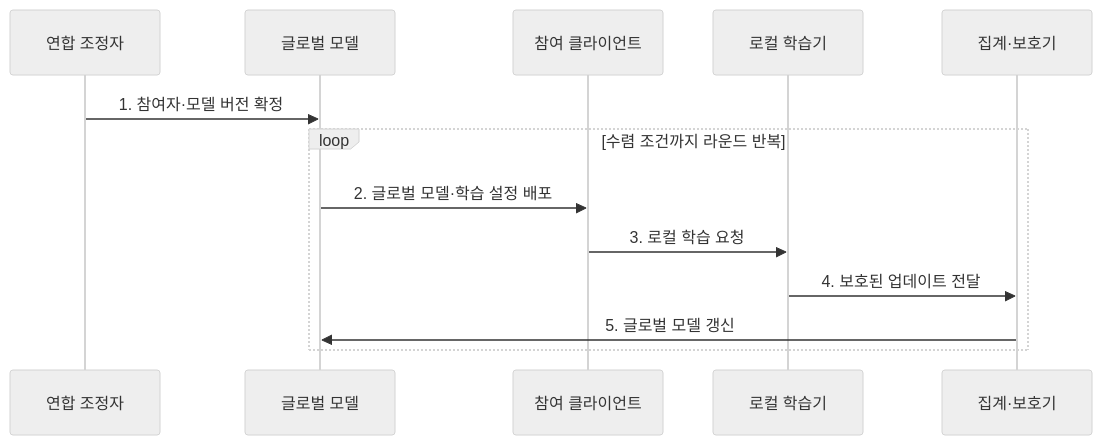
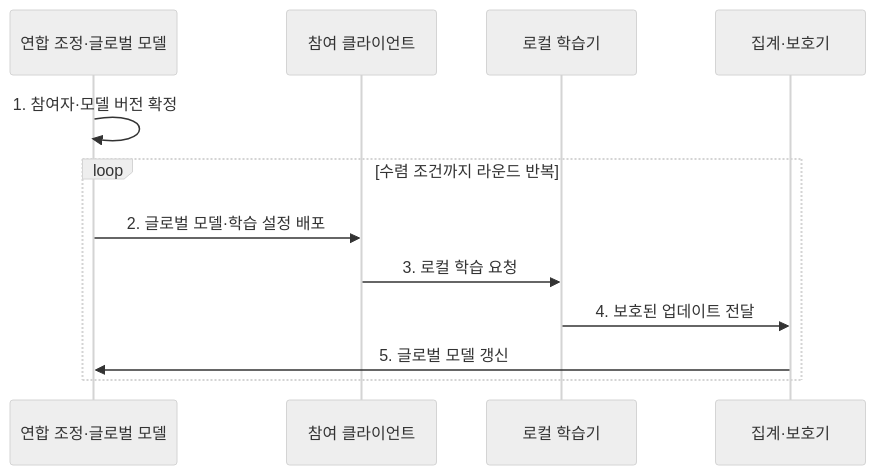
Before and after one commit to agnusdei1207/knowledge-base: the second of 2 diagrams in src/content/docs/notes/08-latest-tech/111_federated_learning.md, drawn with Mermaid (neutral theme). The commit also changed 5 other files, not shown here.

Commit message:
Simplify explainability and privacy flows

````diff
--- a/src/content/docs/notes/08-latest-tech/111_federated_learning.md
+++ b/src/content/docs/notes/08-latest-tech/111_federated_learning.md
@@ -101,15 +101,14 @@
 ```mermaid
 sequenceDiagram
-    participant C as 연합 조정자
-    participant G as 글로벌 모델
+    participant C as 연합 조정·글로벌 모델
     participant P as 참여 클라이언트
     participant L as 로컬 학습기
     participant A as 집계·보호기
-    C->>G: 1. 참여자·모델 버전 확정
+    C->>C: 1. 참여자·모델 버전 확정
     loop 수렴 조건까지 라운드 반복
-        G->>P: 2. 글로벌 모델·학습 설정 배포
+        C->>P: 2. 글로벌 모델·학습 설정 배포
         P->>L: 3. 로컬 학습 요청
         L->>A: 4. 보호된 업데이트 전달
-        A->>G: 5. 글로벌 모델 갱신
+        A->>C: 5. 글로벌 모델 갱신
     end
 ```
````
